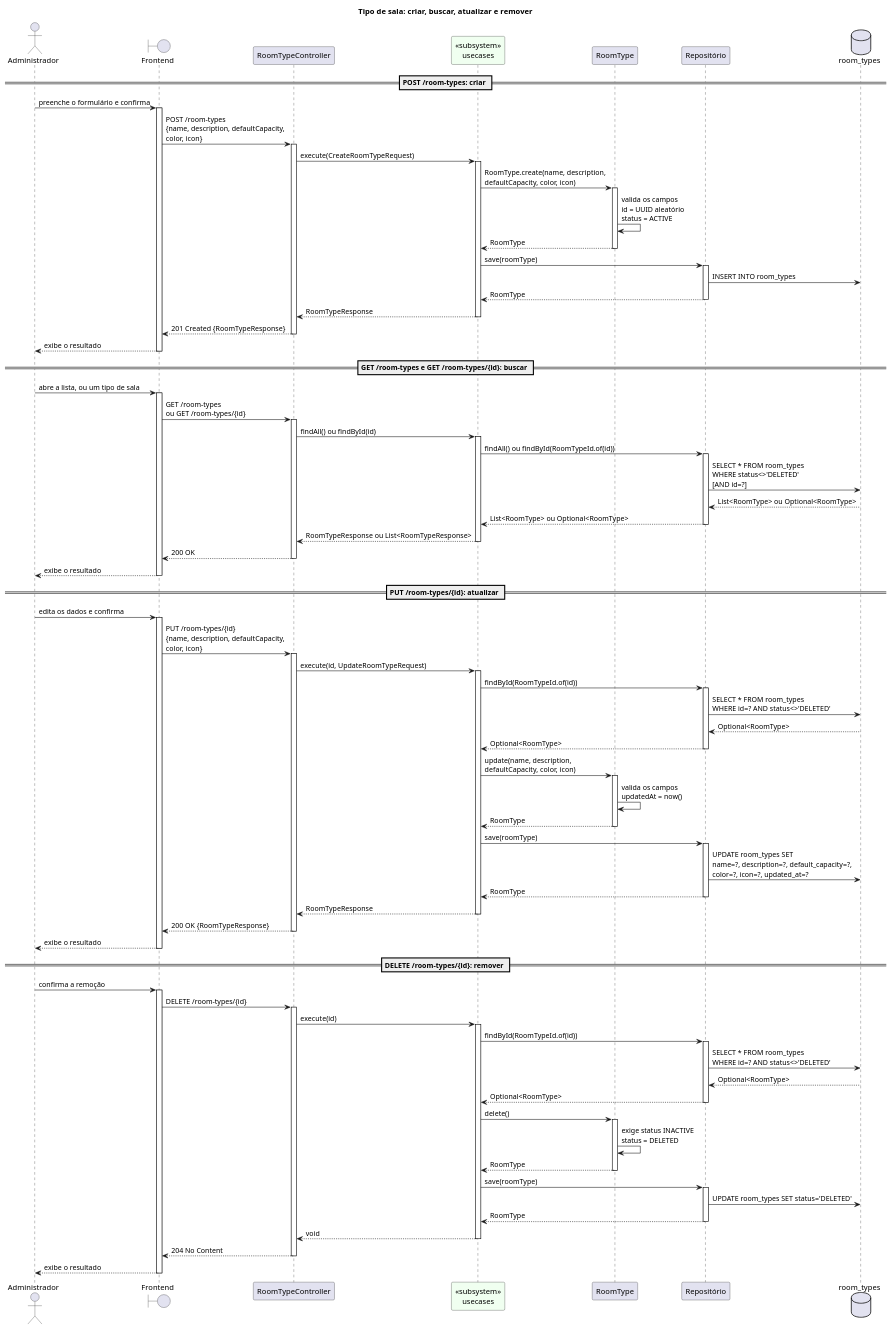
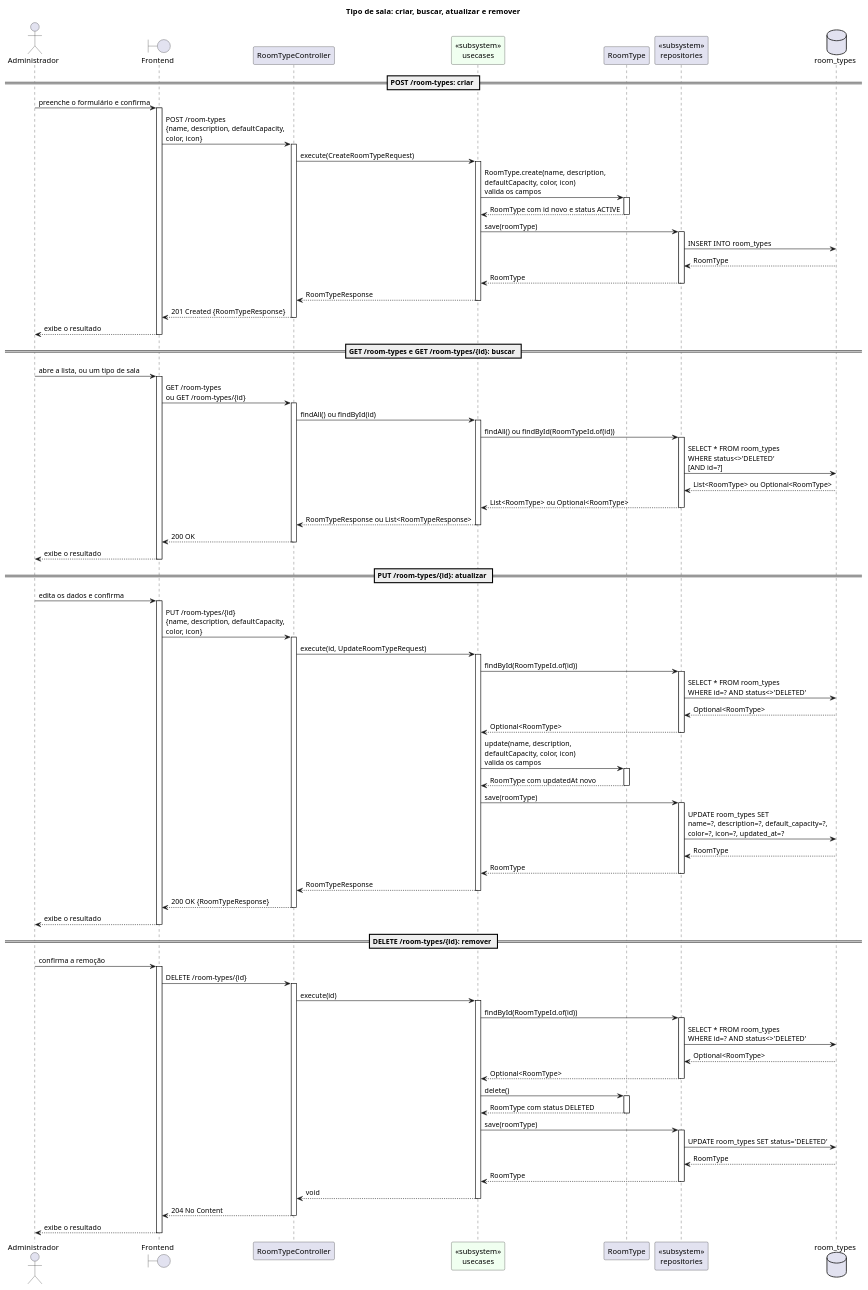
One commit to Neoguara/rooms-diagrams changed the diagram in src/plantuml/sequencia/simples/room_type.puml. Above: the diagram before and after it, drawn with PlantUML. The commit also changed 5 other files, not shown here.

```diff
--- a/src/plantuml/sequencia/simples/room_type.puml
+++ b/src/plantuml/sequencia/simples/room_type.puml
@@ -1,152 +1,152 @@
 @startuml room_type_simples
 
 ' Recorte de tipo de sala do módulo room, inteiro em um arquivo, no estilo simplista. Os
 ' diagramas completos continuam em sequencia/room_type/, e é lá que estão os desvios.
 '
 ' Quatro cortes em relação a eles:
-'   1. RoomTypeRepositoryPort e RoomTypeRepositoryImpl viram um participante só.
+'   1. Porta e implementação viram um participante só, tipado como «subsystem».
 '   2. Só o caminho de sucesso. Nenhum alt: os erros (404, 422) estão nos diagramas
 '      completos, e as guardas de status estão em estado/room_type_status.puml.
-'   3. Colaborador sem regra própria vira mensagem para si mesmo.
+'   3. Nenhuma mensagem para si mesmo: fluxo interno não é troca entre participantes.
 '   4. Ativação só em trecho reto, abrindo e fechando no mesmo nível.
 '
 ' A camada de caso de uso é uma raia só, tipada como «subsystem». Ela não representa uma
 ' classe: representa a camada. As classes estão em classe/simples/room/room_type.puml.
 '
 ' O PATCH /room-types/{id}/status fica de fora: as transições estão em
 ' estado/room_type_status.puml.
 
 title Tipo de sala: criar, buscar, atualizar e remover
 
 actor "Administrador" as Ator
 boundary "Frontend" as FE
 participant "RoomTypeController" as Ctrl
 
 participant "<<subsystem>>\nusecases" as UC #F0FFF0
 
 participant "RoomType" as Entity
-participant "Repositório" as Repo
+participant "<<subsystem>>\nrepositories" as Repo
 database "room_types" as DB
 
 == POST /room-types: criar ==
 
 Ator -> FE: preenche o formulário e confirma
 activate FE
 FE -> Ctrl: POST /room-types\n{name, description, defaultCapacity,\ncolor, icon}
 activate Ctrl
 Ctrl -> UC: execute(CreateRoomTypeRequest)
 activate UC
 
-UC -> Entity: RoomType.create(name, description,\ndefaultCapacity, color, icon)
+UC -> Entity: RoomType.create(name, description,\ndefaultCapacity, color, icon)\nvalida os campos
 activate Entity
-Entity -> Entity: valida os campos\nid = UUID aleatório\nstatus = ACTIVE
-Entity --> UC: RoomType
+Entity --> UC: RoomType com id novo e status ACTIVE
 deactivate Entity
 
 UC -> Repo: save(roomType)
 activate Repo
 Repo -> DB: INSERT INTO room_types
+DB --> Repo: RoomType
 Repo --> UC: RoomType
 deactivate Repo
 
 UC --> Ctrl: RoomTypeResponse
 deactivate UC
 Ctrl --> FE: 201 Created {RoomTypeResponse}
 deactivate Ctrl
 FE --> Ator: exibe o resultado
 deactivate FE
 
 == GET /room-types e GET /room-types/{id}: buscar ==
 
 Ator -> FE: abre a lista, ou um tipo de sala
 activate FE
 FE -> Ctrl: GET /room-types\nou GET /room-types/{id}
 activate Ctrl
 Ctrl -> UC: findAll() ou findById(id)
 activate UC
 
 UC -> Repo: findAll() ou findById(RoomTypeId.of(id))
 activate Repo
 Repo -> DB: SELECT * FROM room_types\nWHERE status<>'DELETED'\n[AND id=?]
 DB --> Repo: List<RoomType> ou Optional<RoomType>
 Repo --> UC: List<RoomType> ou Optional<RoomType>
 deactivate Repo
 
 UC --> Ctrl: RoomTypeResponse ou List<RoomTypeResponse>
 deactivate UC
 Ctrl --> FE: 200 OK
 deactivate Ctrl
 FE --> Ator: exibe o resultado
 deactivate FE
 
 == PUT /room-types/{id}: atualizar ==
 
 Ator -> FE: edita os dados e confirma
 activate FE
 FE -> Ctrl: PUT /room-types/{id}\n{name, description, defaultCapacity,\ncolor, icon}
 activate Ctrl
 Ctrl -> UC: execute(id, UpdateRoomTypeRequest)
 activate UC
 
 UC -> Repo: findById(RoomTypeId.of(id))
 activate Repo
 Repo -> DB: SELECT * FROM room_types\nWHERE id=? AND status<>'DELETED'
 DB --> Repo: Optional<RoomType>
 Repo --> UC: Optional<RoomType>
 deactivate Repo
 
-UC -> Entity: update(name, description,\ndefaultCapacity, color, icon)
+UC -> Entity: update(name, description,\ndefaultCapacity, color, icon)\nvalida os campos
 activate Entity
-Entity -> Entity: valida os campos\nupdatedAt = now()
-Entity --> UC: RoomType
+Entity --> UC: RoomType com updatedAt novo
 deactivate Entity
 
 UC -> Repo: save(roomType)
 activate Repo
 Repo -> DB: UPDATE room_types SET\nname=?, description=?, default_capacity=?,\ncolor=?, icon=?, updated_at=?
+DB --> Repo: RoomType
 Repo --> UC: RoomType
 deactivate Repo
 
 UC --> Ctrl: RoomTypeResponse
 deactivate UC
 Ctrl --> FE: 200 OK {RoomTypeResponse}
 deactivate Ctrl
 FE --> Ator: exibe o resultado
 deactivate FE
 
 == DELETE /room-types/{id}: remover ==
 
 Ator -> FE: confirma a remoção
 activate FE
 FE -> Ctrl: DELETE /room-types/{id}
 activate Ctrl
 Ctrl -> UC: execute(id)
 activate UC
 
 UC -> Repo: findById(RoomTypeId.of(id))
 activate Repo
 Repo -> DB: SELECT * FROM room_types\nWHERE id=? AND status<>'DELETED'
 DB --> Repo: Optional<RoomType>
 Repo --> UC: Optional<RoomType>
 deactivate Repo
 
 UC -> Entity: delete()
 activate Entity
-Entity -> Entity: exige status INACTIVE\nstatus = DELETED
-Entity --> UC: RoomType
+Entity --> UC: RoomType com status DELETED
 deactivate Entity
 
 UC -> Repo: save(roomType)
 activate Repo
 Repo -> DB: UPDATE room_types SET status='DELETED'
+DB --> Repo: RoomType
 Repo --> UC: RoomType
 deactivate Repo
 
 UC --> Ctrl: void
 deactivate UC
 Ctrl --> FE: 204 No Content
 deactivate Ctrl
 FE --> Ator: exibe o resultado
 deactivate FE
 
 @enduml
```
